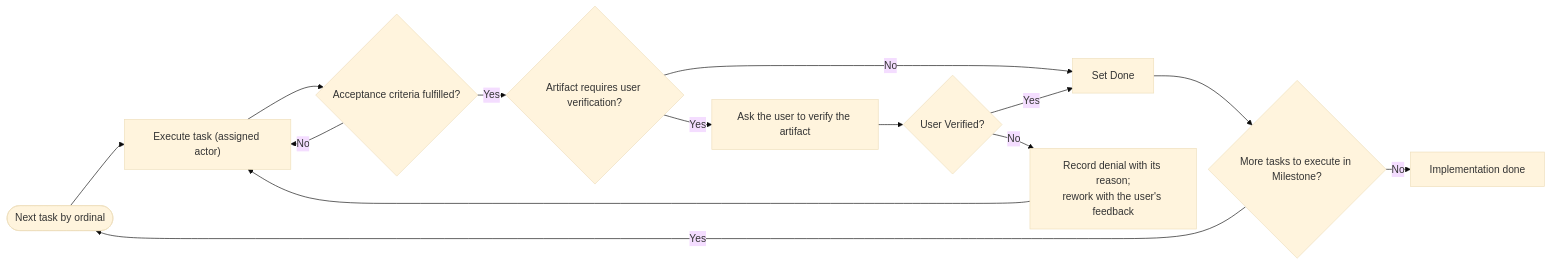
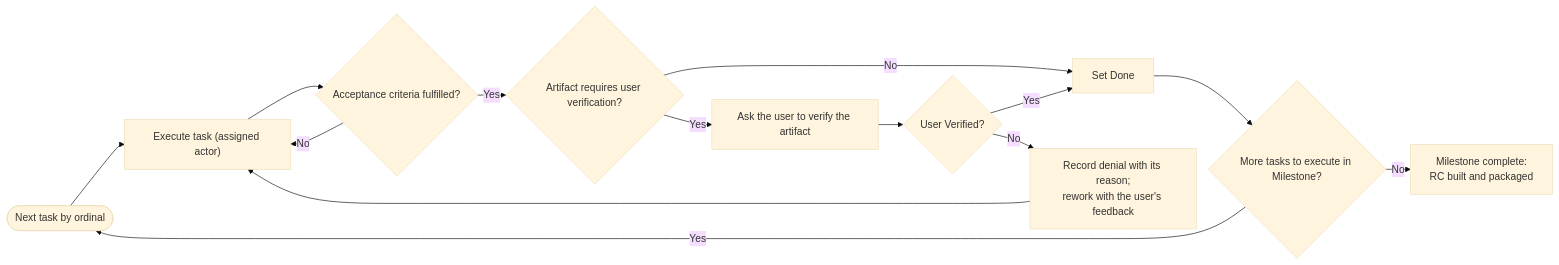
One commit to lyndametref/opencode-dev-workflow changed the diagram in workflows/orchestrator/4-Implementation.md. Above: the diagram before and after it, drawn with Mermaid (base theme). The commit also changed other lines of this file and 6 other files, not shown here.

````diff
--- a/workflows/orchestrator/4-Implementation.md
+++ b/workflows/orchestrator/4-Implementation.md
@@ -28,17 +28,17 @@
 ```mermaid
 %%{init: {"flowchart": {"nodeSpacing": 10, "rankSpacing": 18}}}%%
 flowchart LR
     SEL([Next task by ordinal]) --> RUN["Execute task (assigned actor)"]
     RUN --> AC{"Acceptance criteria fulfilled?"}
     AC -->|"No"| RUN
     AC -->|"Yes"| NEED{"Artifact requires user verification?"}
     NEED -->|"No"| DONE["Set Done"]
     NEED -->|"Yes"| ASK["Ask the user to verify the artifact"]
     ASK --> VOK{"User Verified?"}
     VOK -->|"No"| REWORK["Record denial with its reason;<br/>rework with the user's feedback"]
     REWORK --> RUN
     VOK -->|"Yes"| DONE
     DONE --> MORE{"More tasks to execute in Milestone?"}
     MORE -->|"Yes"| SEL
-    MORE -->|"No"| STOP["Implementation done"]
+    MORE -->|"No"| STOP["Milestone complete:<br/>RC built and packaged"]
 ```
````
